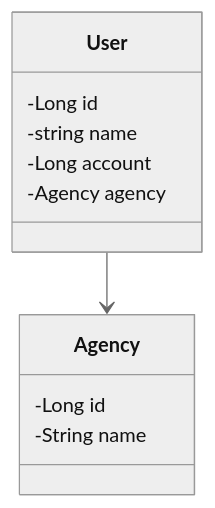
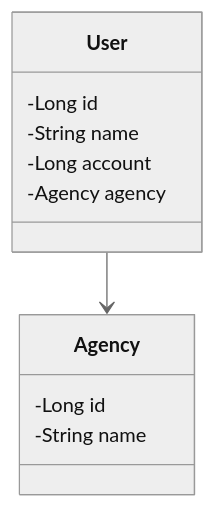
One commit to andreyabpaiva/api-rest-spring changed the diagram in README.md. Above: the diagram before and after it, drawn with Mermaid (neutral theme).

Commit message:
add: diagrama no README.md

````diff
--- a/README.md
+++ b/README.md
@@ -6,16 +6,16 @@
 ``` mermaid
 classDiagram
     class User {
         -Long id
-        -string name
+        -String name
         -Long account
         -Agency agency
     }
     
     class Agency {
         -Long id
         -String name
     }
 
     User --> Agency
 ```
````
